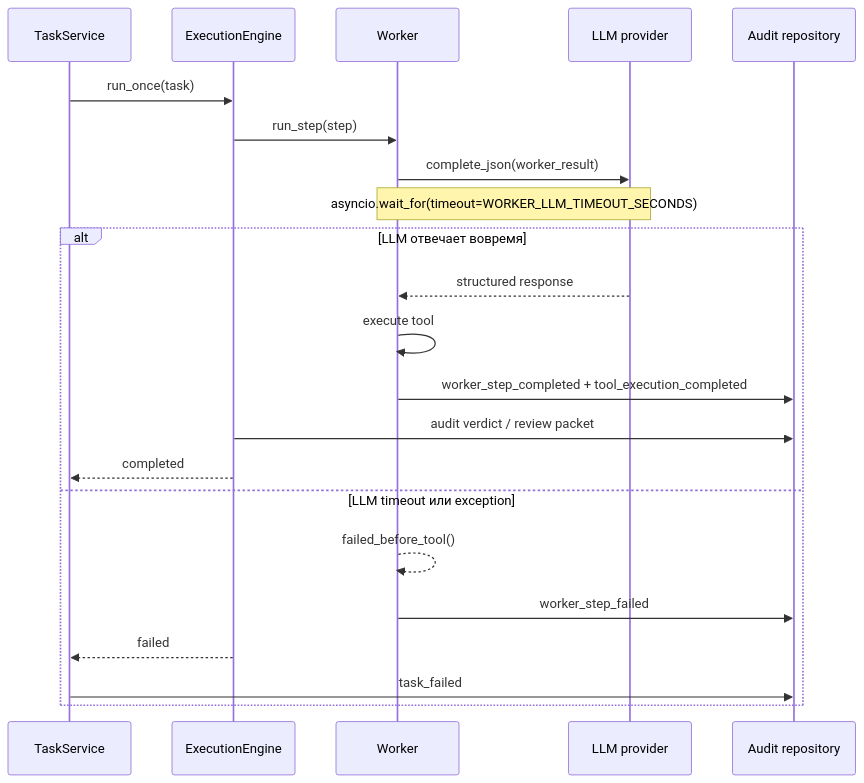
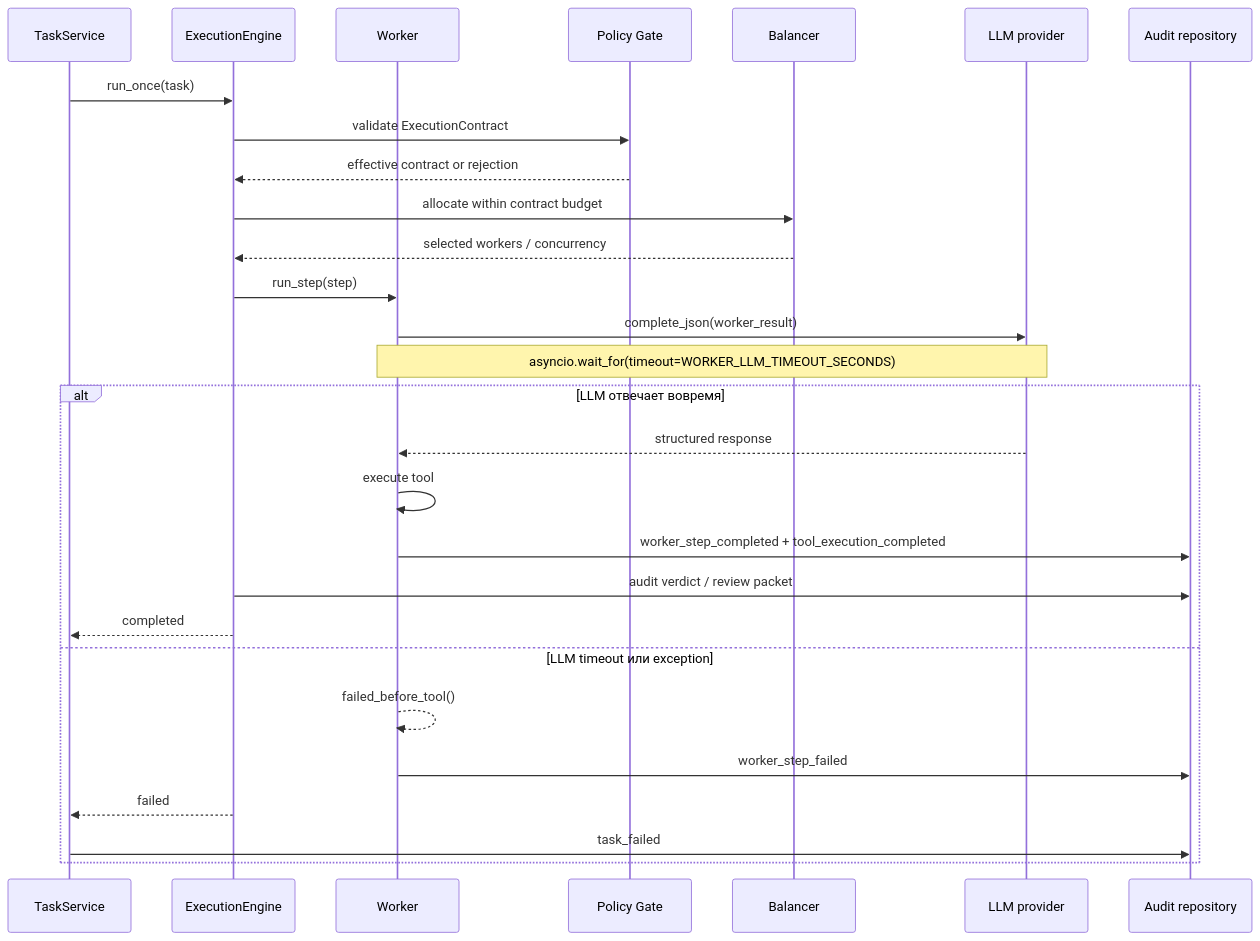
Before and after one commit to Personal1ty/TRIADA: the second of 3 diagrams in docs/ARCHITECTURE_FLOW.md, drawn with Mermaid. The commit also changed other lines of this file and 5 other files, not shown here.

````diff
--- a/docs/ARCHITECTURE_FLOW.md
+++ b/docs/ARCHITECTURE_FLOW.md
@@ -36,25 +43,31 @@
 ```mermaid
 sequenceDiagram
     participant TS as TaskService
     participant OE as ExecutionEngine
     participant W as Worker
+    participant PG as Policy Gate
+    participant B as Balancer
     participant LLM as LLM provider
     participant Audit as Audit repository
 
     TS->>OE: run_once(task)
+    OE->>PG: validate ExecutionContract
+    PG-->>OE: effective contract or rejection
+    OE->>B: allocate within contract budget
+    B-->>OE: selected workers / concurrency
     OE->>W: run_step(step)
     W->>LLM: complete_json(worker_result)
     Note over W,LLM: asyncio.wait_for(timeout=WORKER_LLM_TIMEOUT_SECONDS)
     alt LLM отвечает вовремя
         LLM-->>W: structured response
         W->>W: execute tool
         W->>Audit: worker_step_completed + tool_execution_completed
         OE->>Audit: audit verdict / review packet
         OE-->>TS: completed
     else LLM timeout или exception
         W-->>W: failed_before_tool()
         W->>Audit: worker_step_failed
         OE-->>TS: failed
         TS->>Audit: task_failed
     end
 ```
````
